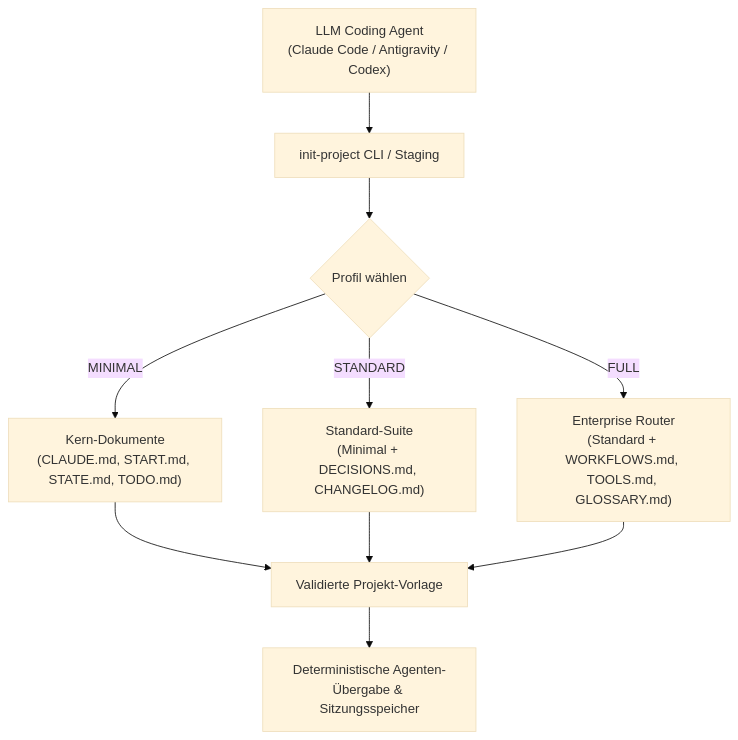
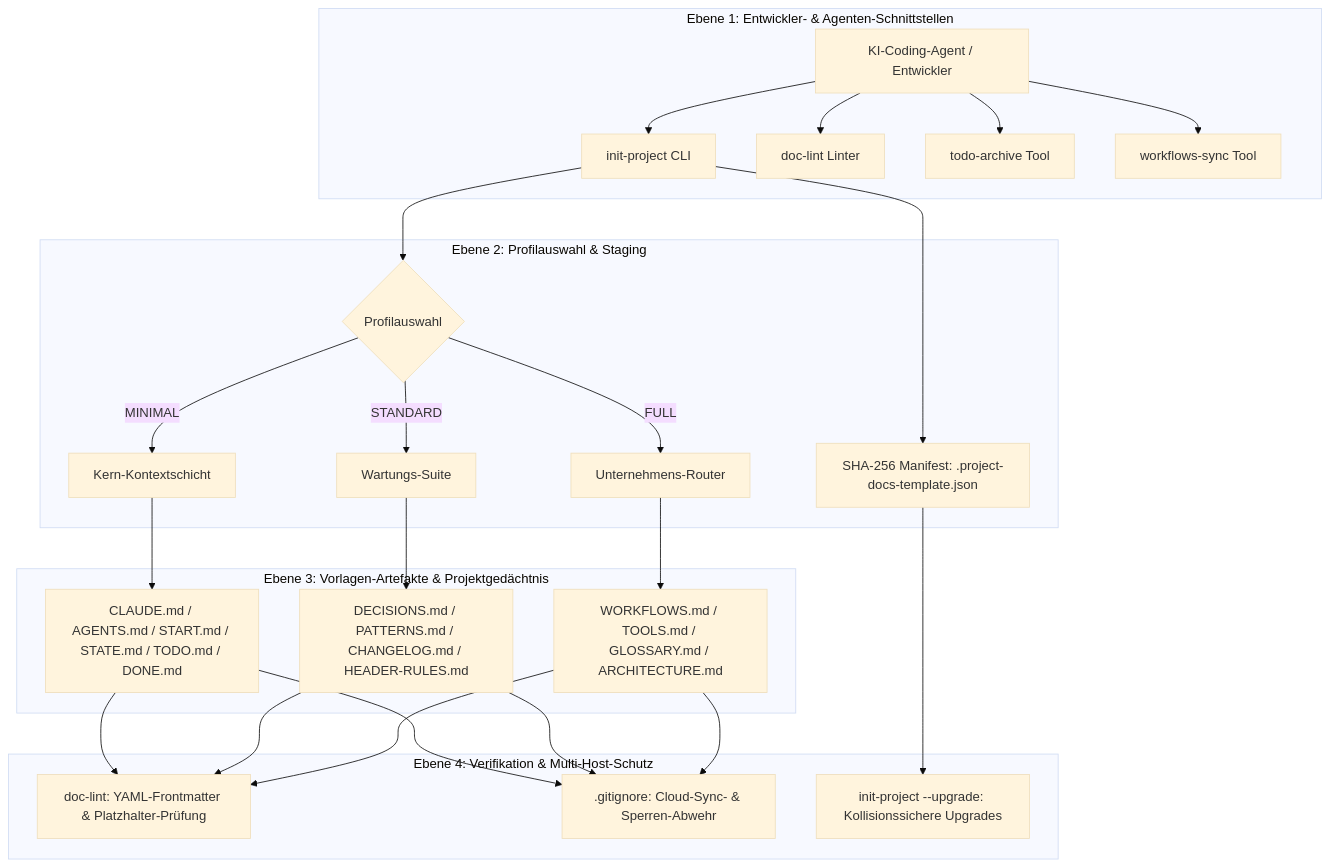
Before and after one commit to ellmos-ai/project-docs-template: the first of 2 diagrams in README_de.md, drawn with Mermaid (base theme). The commit also changed other lines of this file and 8 other files, not shown here.

Commit message:
docs(marketing): 18-point bilingual navigation, visual architecture, Level 1 SBOM, and Pfad B discoverability overhaul [G 2026-09-20]

````diff
--- a/README_de.md
+++ b/README_de.md
@@ -52,12 +77,29 @@
 ```mermaid
-graph TD
-    A["LLM Coding Agent<br>(Claude Code / Antigravity / Codex)"] --> B["init-project CLI / Staging"]
-    B --> C{"Profil wählen"}
-    C -->|MINIMAL| D["Kern-Dokumente<br>(CLAUDE.md, START.md, STATE.md, TODO.md)"]
-    C -->|STANDARD| E["Standard-Suite<br>(Minimal + DECISIONS.md, CHANGELOG.md)"]
-    C -->|FULL| F["Enterprise Router<br>(Standard + WORKFLOWS.md, TOOLS.md, GLOSSARY.md)"]
-    D --> G["Validierte Projekt-Vorlage"]
-    E --> G
-    F --> G
-    G --> H["Deterministische Agenten-Übergabe & Sitzungsspeicher"]
+flowchart TD
+    subgraph T1["Ebene 1: Entwickler- & Agenten-Schnittstellen"]
+        A["KI-Coding-Agent / Entwickler"] --> B["init-project CLI"]
+        A --> C["doc-lint Linter"]
+        A --> D["todo-archive Tool"]
+        A --> E["workflows-sync Tool"]
+    end
+
+    subgraph T2["Ebene 2: Profilauswahl & Staging"]
+        B --> F{"Profilauswahl"}
+        F -->|MINIMAL| G["Kern-Kontextschicht"]
+        F -->|STANDARD| H["Wartungs-Suite"]
+        F -->|FULL| I["Unternehmens-Router"]
+        B --> J["SHA-256 Manifest: .project-docs-template.json"]
+    end
+
+    subgraph T3["Ebene 3: Vorlagen-Artefakte & Projektgedächtnis"]
+        G --> K["CLAUDE.md / AGENTS.md / START.md / STATE.md / TODO.md / DONE.md"]
+        H --> L["DECISIONS.md / PATTERNS.md / CHANGELOG.md / HEADER-RULES.md"]
+        I --> M["WORKFLOWS.md / TOOLS.md / GLOSSARY.md / ARCHITECTURE.md"]
+    end
+
+    subgraph T4["Ebene 4: Verifikation & Multi-Host-Schutz"]
+        K & L & M --> N["doc-lint: YAML-Frontmatter & Platzhalter-Prüfung"]
+        K & L & M --> O[".gitignore: Cloud-Sync- & Sperren-Abwehr"]
+        J --> P["init-project --upgrade: Kollisionssichere Upgrades"]
+    end
 ```
````
